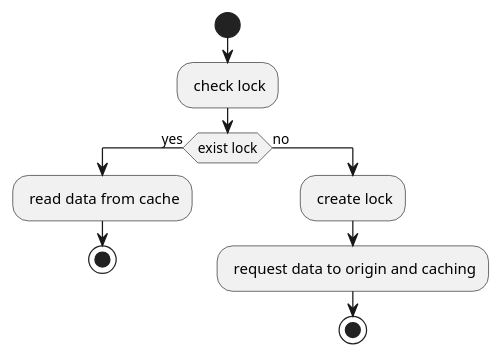
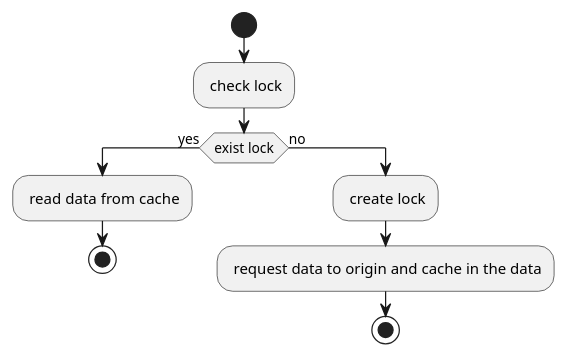
Before and after one commit to Maznna/server-cache: the diagram in activity-diagram.puml, drawn with PlantUML.

```diff
--- a/activity-diagram.puml
+++ b/activity-diagram.puml
@@ -1,11 +1,11 @@
 @startuml
 start
 : check lock;
 if (exist lock) then (yes)
   : read data from cache;
 stop
 else (no)
   : create lock;
-  : request data to origin and caching;
+  : request data to origin and cache in the data;
 stop
 @enduml
```
